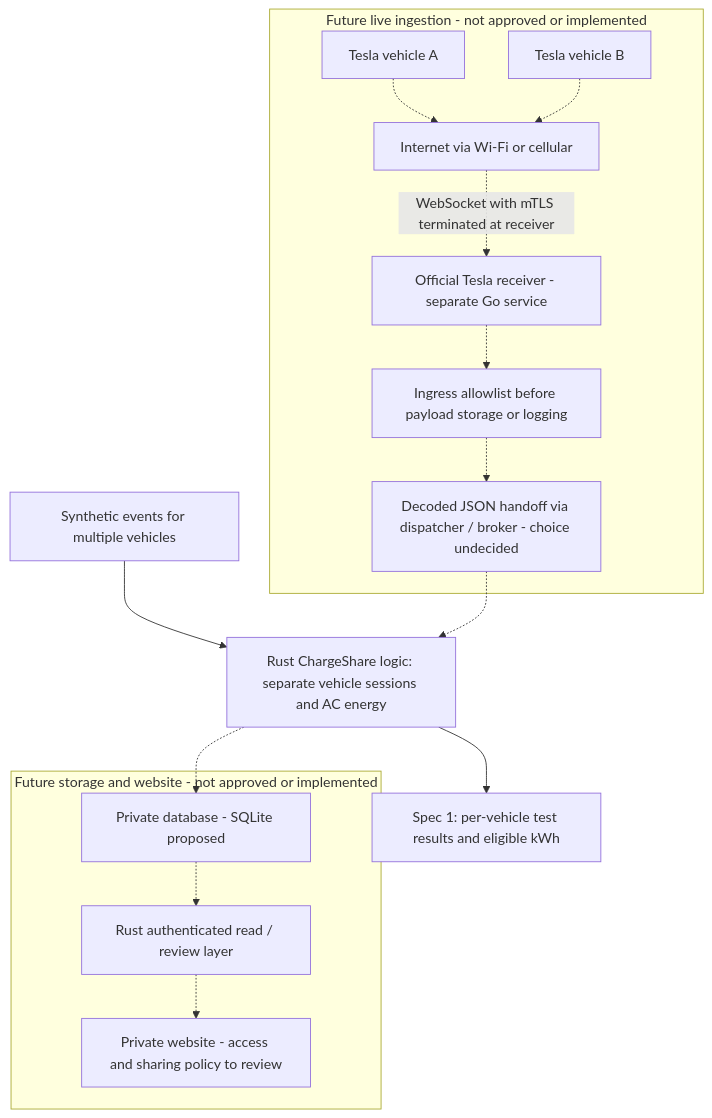
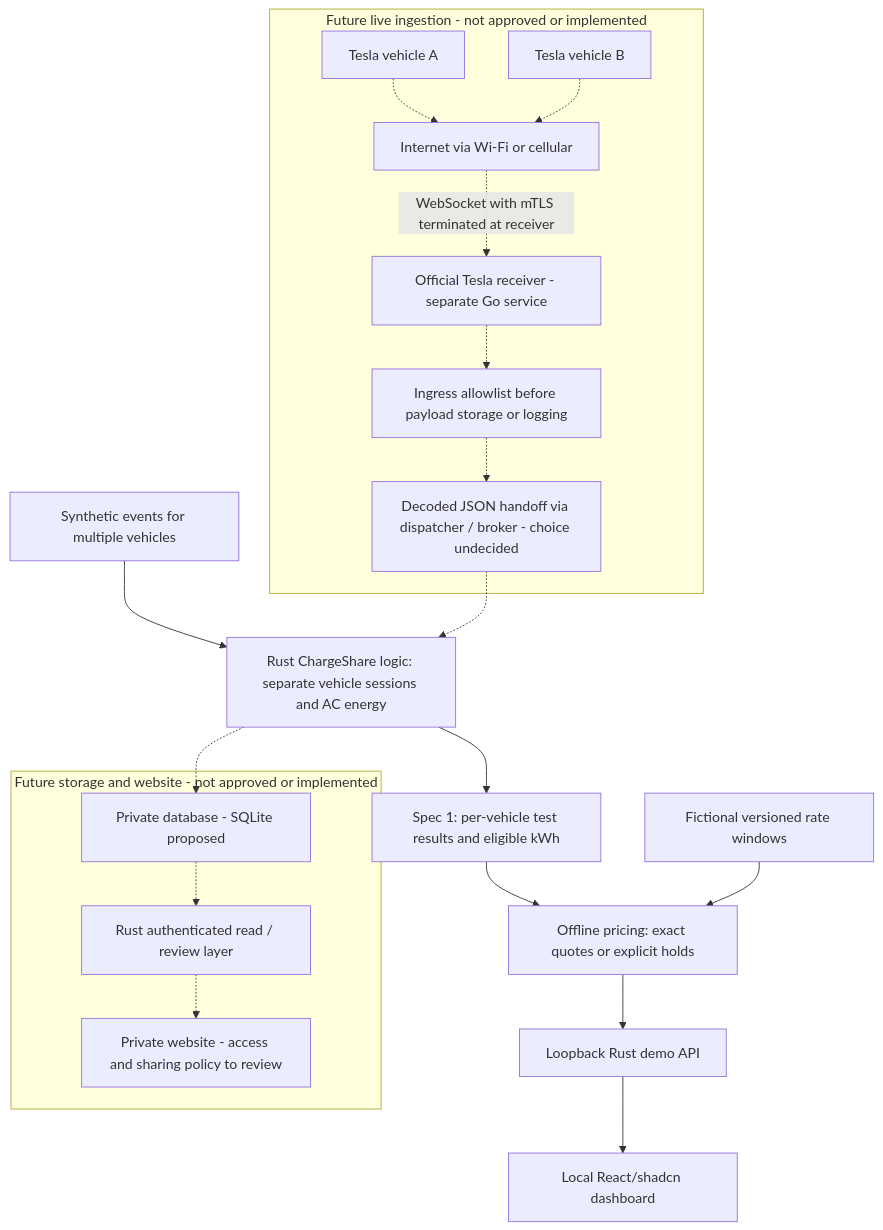
One commit to evanknight/ChargeShare changed the diagram in docs/architecture.md. Above: the diagram before and after it, drawn with Mermaid. The commit also changed other lines of this file and 58 other files, not shown here.

Commit message:
feat: add exact offline pricing and local dashboard

````diff
--- a/docs/architecture.md
+++ b/docs/architecture.md
@@ -21,34 +24,38 @@
 ```mermaid
 flowchart TD
     fixtures["Synthetic events for multiple vehicles"]
     rust["Rust ChargeShare logic: separate vehicle sessions and AC energy"]
     result["Spec 1: per-vehicle test results and eligible kWh"]
     fixtures --> rust
-    rust --> result
+  rust --> result
+  result --> pricing["Offline pricing: exact quotes or explicit holds"]
+  rates["Fictional versioned rate windows"] --> pricing
+  pricing --> preview["Loopback Rust demo API"]
+  preview --> browser["Local React/shadcn dashboard"]
 
     subgraph future_ingress["Future live ingestion - not approved or implemented"]
         car_a["Tesla vehicle A"]
         car_b["Tesla vehicle B"]
         internet["Internet via Wi-Fi or cellular"]
         receiver["Official Tesla receiver - separate Go service"]
         allowlist["Ingress allowlist before payload storage or logging"]
         broker["Decoded JSON handoff via dispatcher / broker - choice undecided"]
         car_a -.-> internet
         car_b -.-> internet
         internet -. "WebSocket with mTLS terminated at receiver" .-> receiver
         receiver -.-> allowlist
         allowlist -.-> broker
     end
 
     broker -.-> rust
 
     subgraph future_output["Future storage and website - not approved or implemented"]
         db["Private database - SQLite proposed"]
         view["Rust authenticated read / review layer"]
         website["Private website - access and sharing policy to review"]
         db -.-> view
         view -.-> website
     end
 
     rust -.-> db
 ```
````
